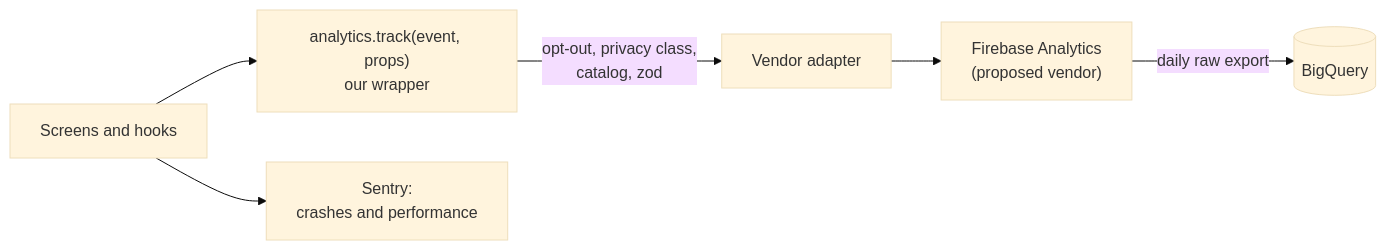
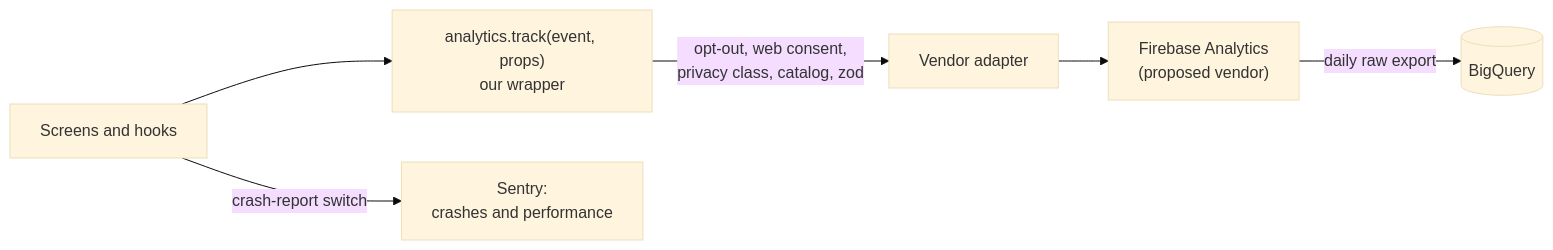
One commit to edmundtrinh/PokeVerse changed the diagram in docs/analytics/tracking-plan.md. Above: the diagram before and after it, drawn with Mermaid (base theme). The commit also changed other lines of this file and 5 other files, not shown here.

````diff
--- a/docs/analytics/tracking-plan.md
+++ b/docs/analytics/tracking-plan.md
@@ -43,8 +48,8 @@
 ```mermaid
 flowchart LR
   UI["Screens and hooks"] --> W["analytics.track(event, props)<br/>our wrapper"]
-  W -->|"opt-out, privacy class,<br/>catalog, zod"| AD["Vendor adapter"]
+  W -->|"opt-out, web consent,<br/>privacy class, catalog, zod"| AD["Vendor adapter"]
   AD --> FA["Firebase Analytics<br/>(proposed vendor)"]
   FA -->|"daily raw export"| BQ[("BigQuery")]
-  UI --> SE["Sentry:<br/>crashes and performance"]
+  UI -->|"crash-report switch"| SE["Sentry:<br/>crashes and performance"]
 ```
````
